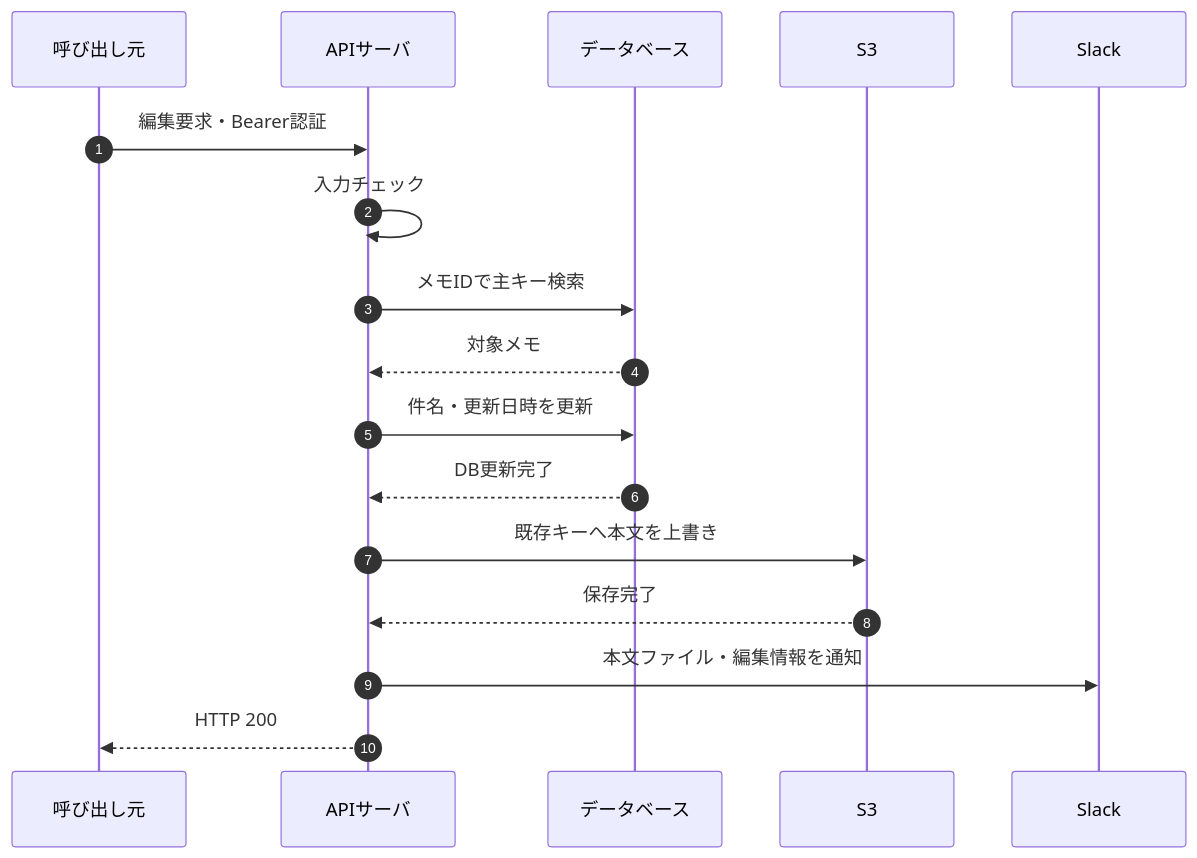
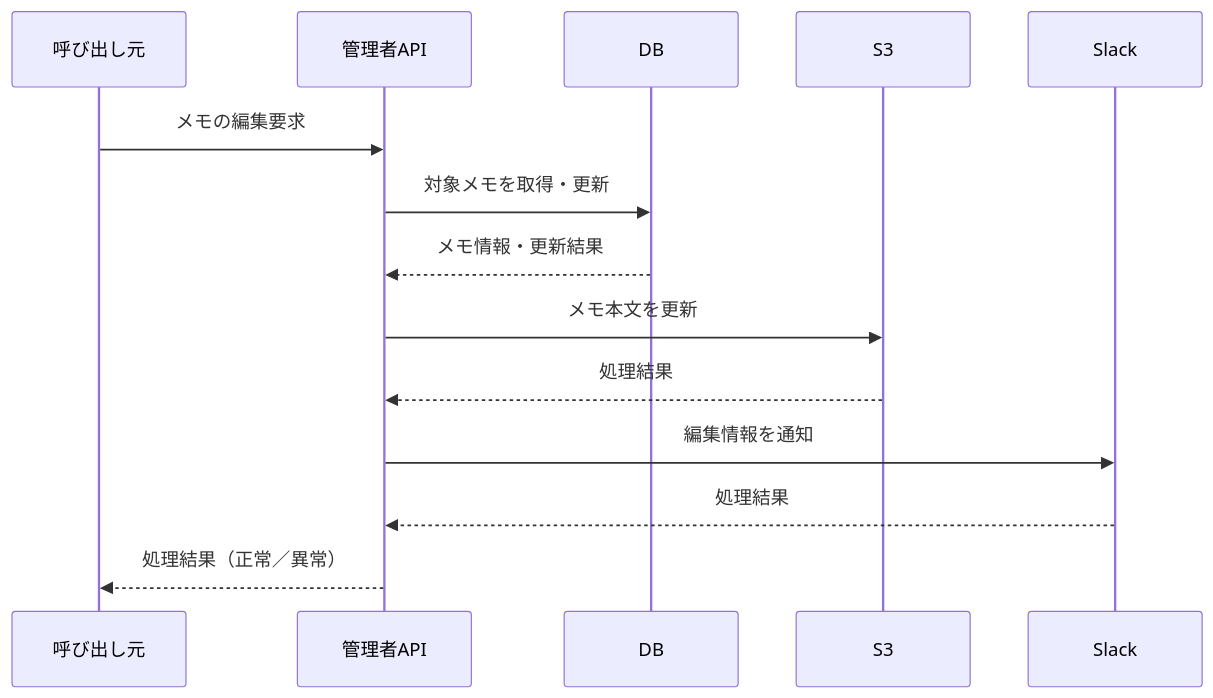
The first of 2 diagrams in ha-docs/design/05_rootapi/設計書_5.7.3.メモ情報編集API.md (kohei-okazaki/work-3g), drawn with Mermaid before and after one commit. The commit also changed other lines of this file and 67 other files, not shown here.

````diff
--- a/ha-docs/design/05_rootapi/設計書_5.7.3.メモ情報編集API.md
+++ b/ha-docs/design/05_rootapi/設計書_5.7.3.メモ情報編集API.md
@@ -108,19 +10,16 @@
 ```mermaid
 sequenceDiagram
-    autonumber
-    participant Client as 呼び出し元
-    participant API as APIサーバ
-    participant DB as データベース
-    participant S3 as S3
-    participant Slack as Slack
-    Client->>API: 編集要求・Bearer認証
-    API->>API: 入力チェック
-    API->>DB: メモIDで主キー検索
-    DB-->>API: 対象メモ
-    API->>DB: 件名・更新日時を更新
-    DB-->>API: DB更新完了
-    API->>S3: 既存キーへ本文を上書き
-    S3-->>API: 保存完了
-    API->>Slack: 本文ファイル・編集情報を通知
-    API-->>Client: HTTP 200
+    participant C as 呼び出し元
+    participant A as 管理者API
+    participant D as DB
+    participant S as S3
+    participant N as Slack
+    C->>A: メモの編集要求
+    A->>D: 対象メモを取得・更新
+    D-->>A: メモ情報・更新結果
+    A->>S: メモ本文を更新
+    S-->>A: 処理結果
+    A->>N: 編集情報を通知
+    N-->>A: 処理結果
+    A-->>C: 処理結果（正常／異常）
 ```
````
